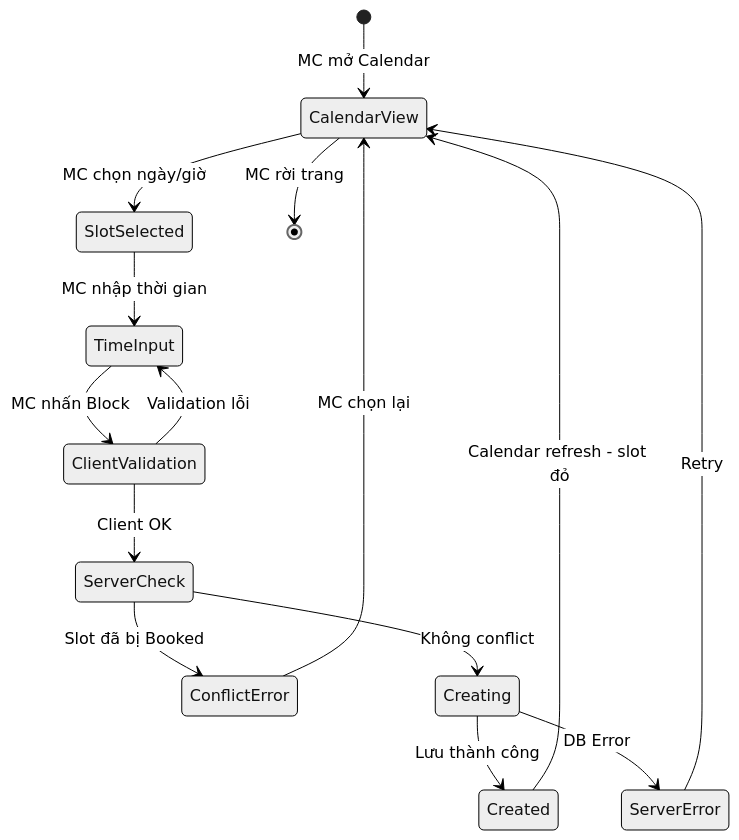
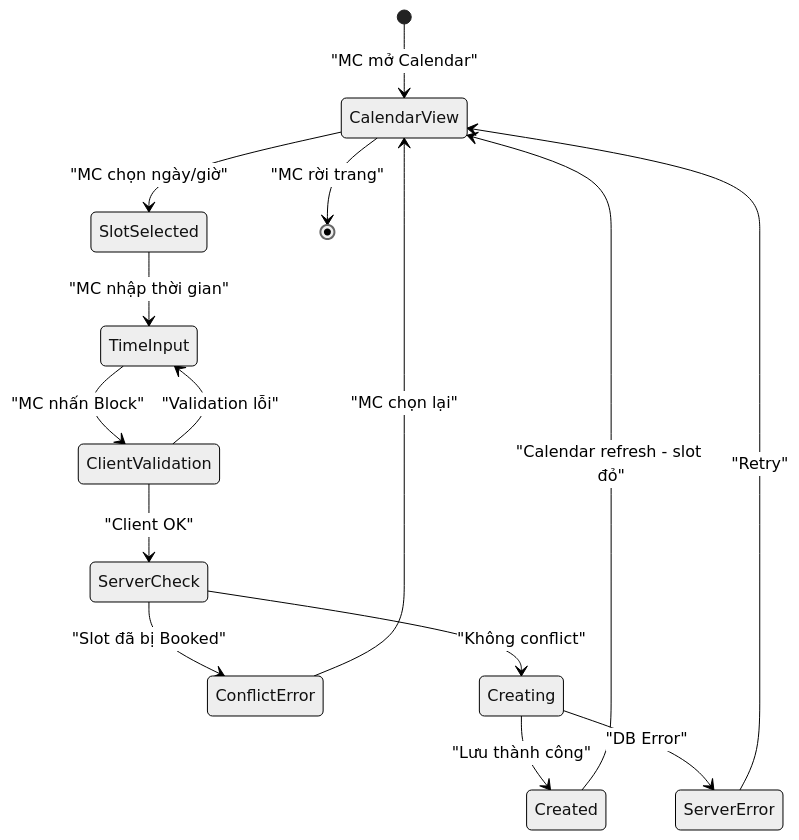
Before and after one commit to dat-21/SWD392: diagram 18 of 51 in UC_Diagrams.md, drawn with Mermaid (neutral theme). The commit also changed other lines of this file and 2 other files, not shown here.

Commit message:
style: Standardize Mermaid state diagram transition label formatting by adding quotes and a space before the colon.

````diff
--- a/UC_Diagrams.md
+++ b/UC_Diagrams.md
@@ -660,17 +660,17 @@
 ```mermaid
 stateDiagram-v2
-    [*] --> CalendarView: MC mở Calendar
-    CalendarView --> SlotSelected: MC chọn ngày/giờ
-    SlotSelected --> TimeInput: MC nhập thời gian
-    TimeInput --> ClientValidation: MC nhấn Block
-    ClientValidation --> TimeInput: Validation lỗi
-    ClientValidation --> ServerCheck: Client OK
-    ServerCheck --> ConflictError: Slot đã bị Booked
-    ConflictError --> CalendarView: MC chọn lại
-    ServerCheck --> Creating: Không conflict
-    Creating --> Created: Lưu thành công
-    Creating --> ServerError: DB Error
-    ServerError --> CalendarView: Retry
-    Created --> CalendarView: Calendar refresh - slot đỏ
-    CalendarView --> [*]: MC rời trang
+    [*] --> CalendarView : "MC mở Calendar"
+    CalendarView --> SlotSelected : "MC chọn ngày/giờ"
+    SlotSelected --> TimeInput : "MC nhập thời gian"
+    TimeInput --> ClientValidation : "MC nhấn Block"
+    ClientValidation --> TimeInput : "Validation lỗi"
+    ClientValidation --> ServerCheck : "Client OK"
+    ServerCheck --> ConflictError : "Slot đã bị Booked"
+    ConflictError --> CalendarView : "MC chọn lại"
+    ServerCheck --> Creating : "Không conflict"
+    Creating --> Created : "Lưu thành công"
+    Creating --> ServerError : "DB Error"
+    ServerError --> CalendarView : "Retry"
+    Created --> CalendarView : "Calendar refresh - slot đỏ"
+    CalendarView --> [*] : "MC rời trang"
 ```
````
